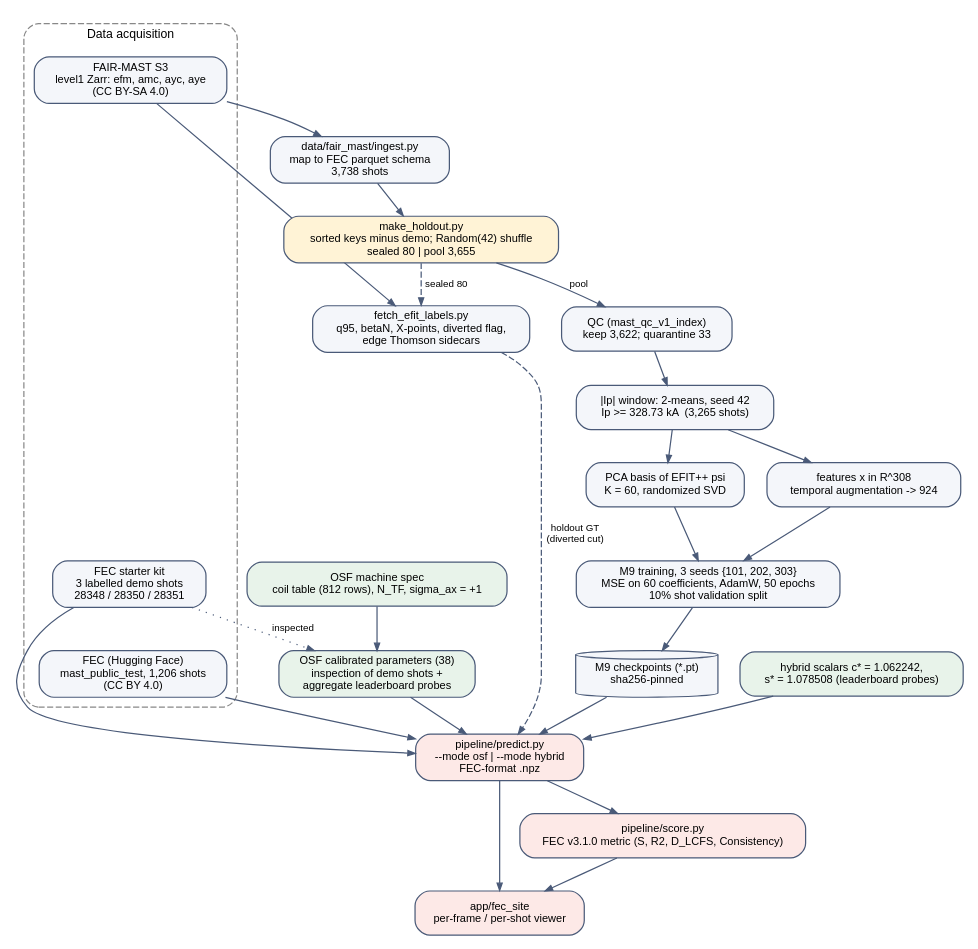
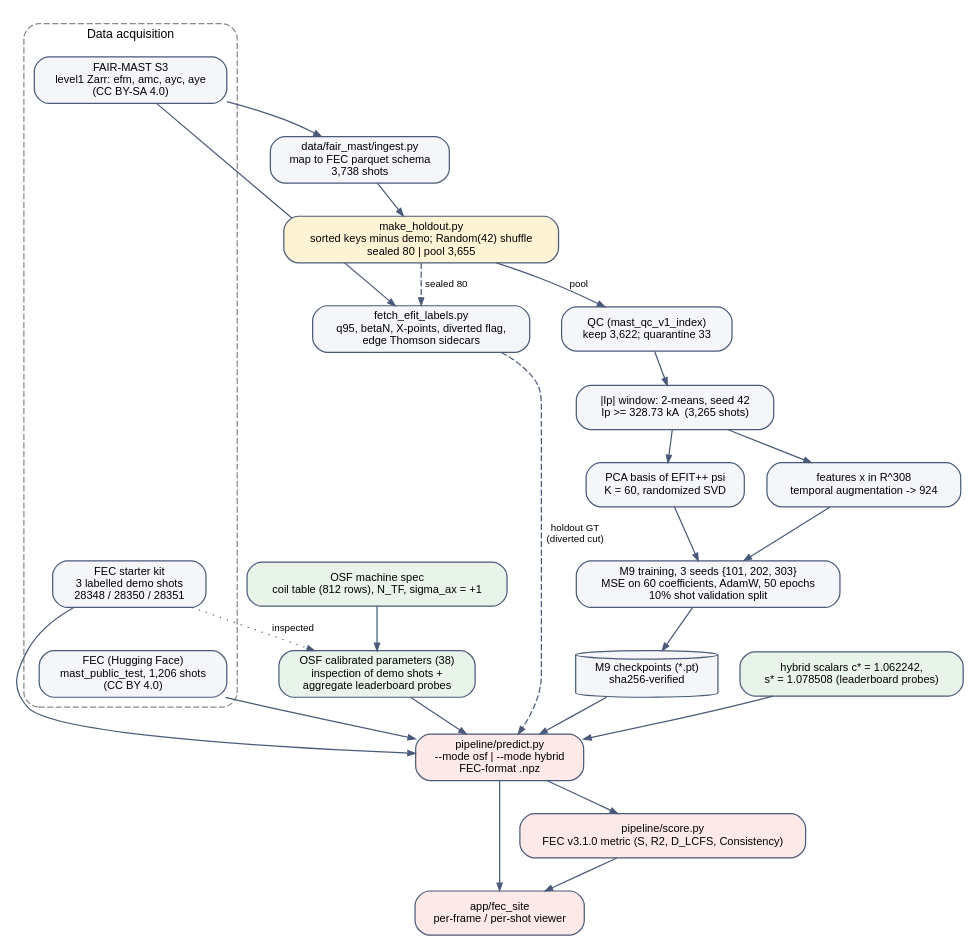
The diagram in paper/figures/src/pipeline.dot (catskillsresearch/mast-flux-imputation), drawn with Graphviz before and after one commit. The commit also changed 25 other files, not shown here.

```diff
--- a/paper/figures/src/pipeline.dot
+++ b/paper/figures/src/pipeline.dot
@@ -1,36 +1,36 @@
 digraph pipeline {
   graph [rankdir=TB, fontname="Helvetica", fontsize=10, nodesep=0.25, ranksep=0.35, newrank=true];
   node  [shape=box, style="rounded,filled", fillcolor="#f4f6fa", color="#4a5a78", fontname="Helvetica", fontsize=9];
   edge  [color="#4a5a78", arrowsize=0.6, fontname="Helvetica", fontsize=8];
 
   subgraph cluster_data { label="Data acquisition"; style="rounded,dashed"; color="#888888";
     s3   [label="FAIR-MAST S3\nlevel1 Zarr: efm, amc, ayc, aye\n(CC BY-SA 4.0)"];
     hf   [label="FEC (Hugging Face)\nmast_public_test, 1,206 shots\n(CC BY 4.0)"];
     demo [label="FEC starter kit\n3 labelled demo shots\n28348 / 28350 / 28351"];
   }
   ingest [label="data/fair_mast/ingest.py\nmap to FEC parquet schema\n3,738 shots"];
   labels [label="fetch_efit_labels.py\nq95, betaN, X-points, diverted flag,\nedge Thomson sidecars"];
   split  [label="make_holdout.py\nsorted keys minus demo; Random(42) shuffle\nsealed 80 | pool 3,655", fillcolor="#fff3d6"];
   qc     [label="QC (mast_qc_v1_index)\nkeep 3,622; quarantine 33"];
   win    [label="|Ip| window: 2-means, seed 42\nIp >= 328.73 kA  (3,265 shots)"];
   pca    [label="PCA basis of EFIT++ psi\nK = 60, randomized SVD"];
   feat   [label="features x in R^308\ntemporal augmentation -> 924"];
   train  [label="M9 training, 3 seeds {101, 202, 303}\nMSE on 60 coefficients, AdamW, 50 epochs\n10% shot validation split"];
-  w      [label="M9 checkpoints (*.pt)\nsha256-pinned", shape=cylinder];
+  w      [label="M9 checkpoints (*.pt)\nsha256-verified", shape=cylinder];
 
   spec   [label="OSF machine spec\ncoil table (812 rows), N_TF, sigma_ax = +1", fillcolor="#e8f3ea"];
   cal    [label="OSF calibrated parameters (38)\ninspection of demo shots +\naggregate leaderboard probes", fillcolor="#e8f3ea"];
   fin    [label="hybrid scalars c* = 1.062242,\ns* = 1.078508 (leaderboard probes)", fillcolor="#e8f3ea"];
 
   pred   [label="pipeline/predict.py\n--mode osf | --mode hybrid\nFEC-format .npz", fillcolor="#fde9e7"];
   score  [label="pipeline/score.py\nFEC v3.1.0 metric (S, R2, D_LCFS, Consistency)", fillcolor="#fde9e7"];
   site   [label="app/fec_site\nper-frame / per-shot viewer", fillcolor="#fde9e7"];
 
   s3 -> ingest -> split; s3 -> labels;
   split -> qc [label="pool"]; qc -> win -> pca -> train; win -> feat -> train; train -> w;
   split -> labels [label="sealed 80", style=dashed];
   labels -> pred [label="holdout GT\n(diverted cut)", style=dashed];
   spec -> cal -> pred; fin -> pred; w -> pred;
   hf -> pred; demo -> pred; demo -> cal [style=dotted, label="inspected"];
   pred -> score -> site; pred -> site;
 }
```
